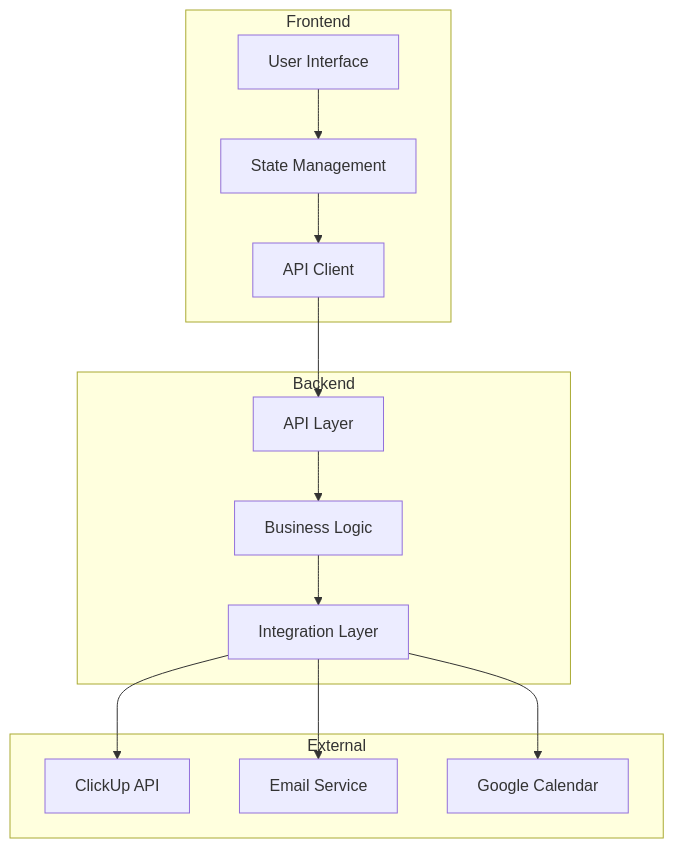
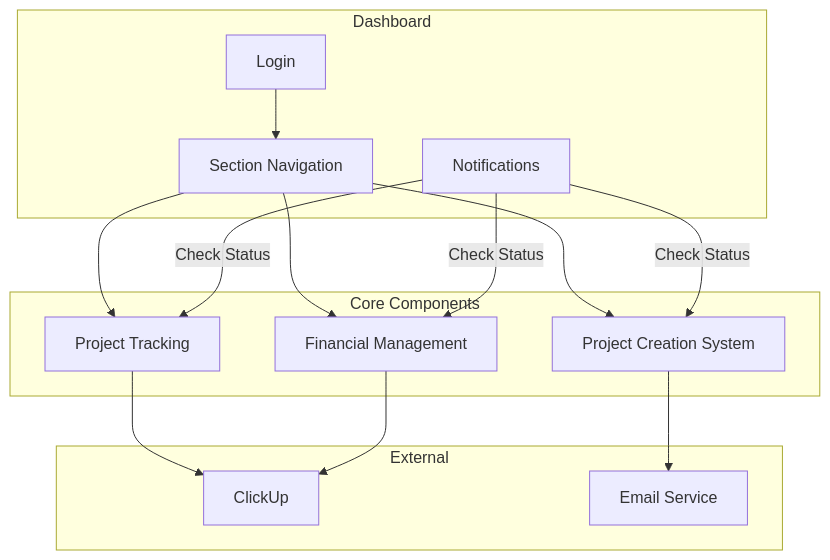
One commit to CurrentMediaCreative/Current-Media-Project-Management-System changed the first of 6 diagrams in memory-bank/systemPatterns.md. Above: the diagram before and after it, drawn with Mermaid. The commit also changed other lines of this file and 207 other files, not shown here.

First line of the commit message:
feat: Implement feature-based project structure and Project Creation Flow

````diff
--- a/memory-bank/systemPatterns.md
+++ b/memory-bank/systemPatterns.md
@@ -7,29 +7,32 @@
 ```mermaid
 flowchart TD
-    subgraph Frontend
-        UI[User Interface]
-        State[State Management]
-        API_Client[API Client]
+    subgraph Dashboard
+        Login[Login]
+        Notifications[Notifications]
+        Navigation[Section Navigation]
     end
     
-    subgraph Backend
-        API[API Layer]
-        Services[Business Logic]
-        Integration[Integration Layer]
+    subgraph Core Components
+        PCS[Project Creation System]
+        PT[Project Tracking]
+        FM[Financial Management]
     end
     
     subgraph External
-        ClickUp[ClickUp API]
+        ClickUp[ClickUp]
         Email[Email Service]
-        Calendar[Google Calendar]
     end
     
-    UI --> State
-    State --> API_Client
-    API_Client --> API
-    API --> Services
-    Services --> Integration
-    Integration --> ClickUp
-    Integration --> Email
-    Integration --> Calendar
+    Login --> Navigation
+    Navigation --> PCS
+    Navigation --> PT
+    Navigation --> FM
+    
+    Notifications --> |Check Status| PCS
+    Notifications --> |Check Status| PT
+    Notifications --> |Check Status| FM
+    
+    PCS --> Email
+    PT --> ClickUp
+    FM --> ClickUp
 ```
````
